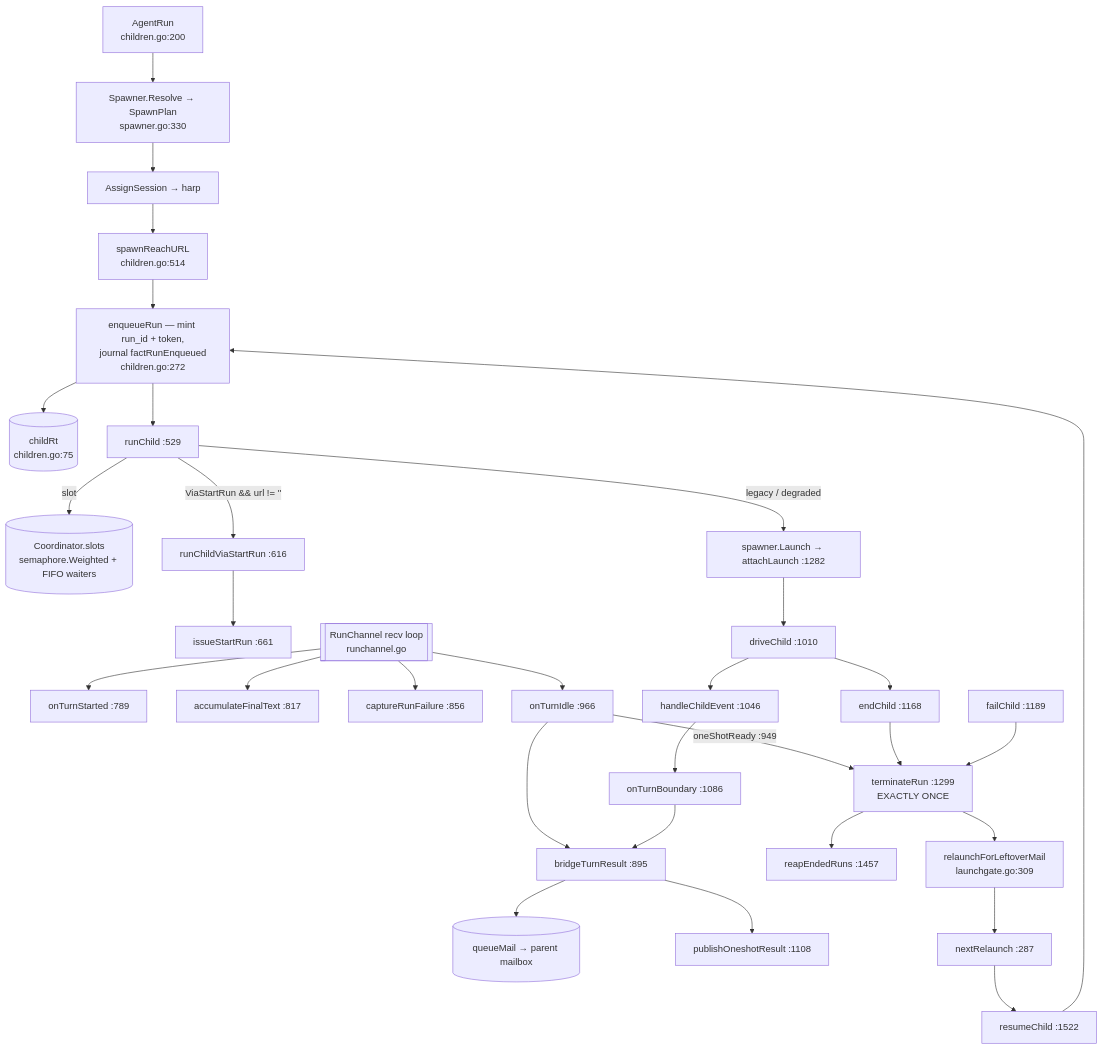
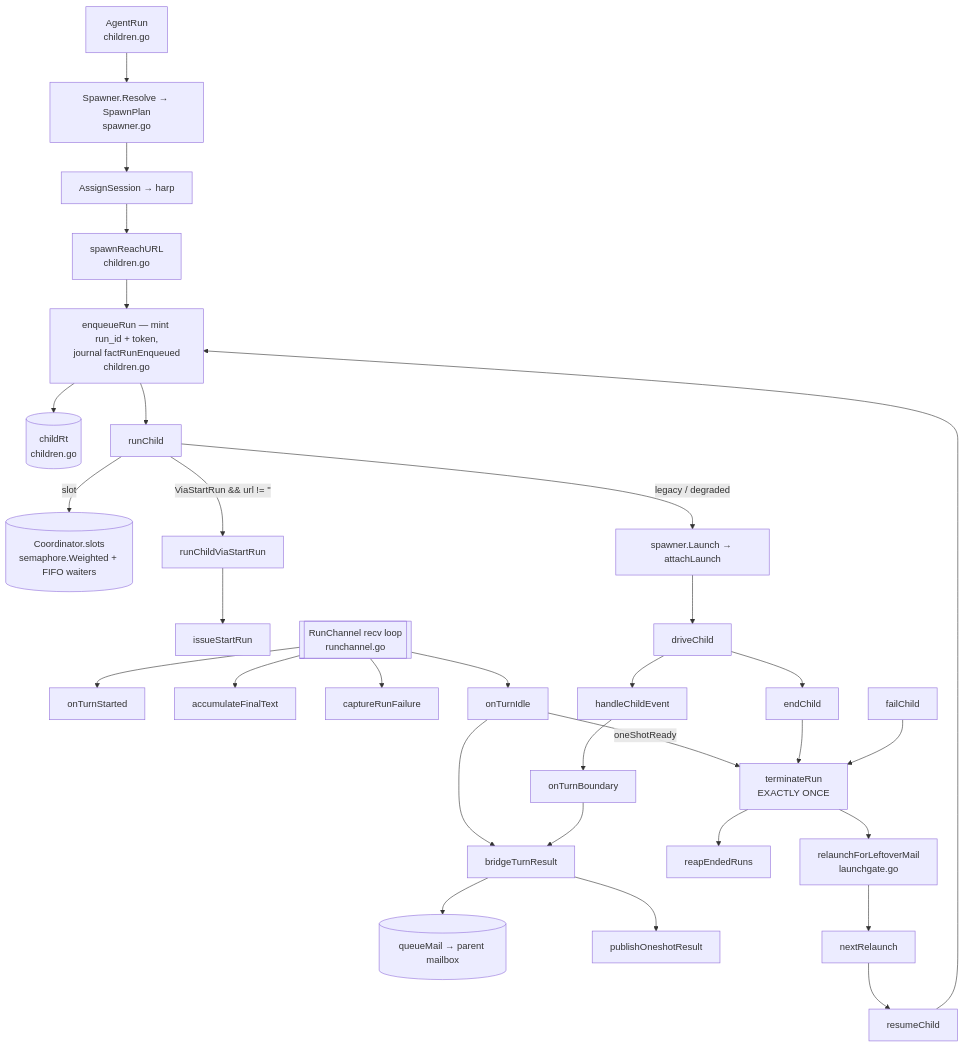
The diagram in docs/architecture/agentcoord/child-lifecycle.md (ctxloom/ctxloom), drawn with Mermaid before and after one commit. The commit also changed other lines of this file, not shown here.

First line of the commit message:
docs(agentcoord): cite child-lifecycle.md by symbol and file, not line

````diff
--- a/docs/architecture/agentcoord/child-lifecycle.md
+++ b/docs/architecture/agentcoord/child-lifecycle.md
@@ -16,28 +16,28 @@
 ```mermaid
 flowchart TD
-  AR["AgentRun<br/>children.go:200"] --> RES["Spawner.Resolve → SpawnPlan<br/>spawner.go:330"]
+  AR["AgentRun<br/>children.go"] --> RES["Spawner.Resolve → SpawnPlan<br/>spawner.go"]
   RES --> ASSIGN["AssignSession → harp"]
-  ASSIGN --> URL["spawnReachURL<br/>children.go:514"]
-  URL --> EQ["enqueueRun — mint run_id + token,<br/>journal factRunEnqueued<br/>children.go:272"]
-  EQ --> RT[("childRt<br/>children.go:75")]
-  EQ --> RC["runChild :529"]
+  ASSIGN --> URL["spawnReachURL<br/>children.go"]
+  URL --> EQ["enqueueRun — mint run_id + token,<br/>journal factRunEnqueued<br/>children.go"]
+  EQ --> RT[("childRt<br/>children.go")]
+  EQ --> RC["runChild"]
   RC -->|slot| TS[("Coordinator.slots<br/>semaphore.Weighted + FIFO waiters")]
-  RC -->|"ViaStartRun && url != ''"| VSR["runChildViaStartRun :616"] --> ISR["issueStartRun :661"]
-  RC -->|legacy / degraded| LA["spawner.Launch → attachLaunch :1282"] --> DC["driveChild :1010"]
+  RC -->|"ViaStartRun && url != ''"| VSR["runChildViaStartRun"] --> ISR["issueStartRun"]
+  RC -->|legacy / degraded| LA["spawner.Launch → attachLaunch"] --> DC["driveChild"]
 
-  RCH[["RunChannel recv loop<br/>runchannel.go"]] --> OTS["onTurnStarted :789"]
-  RCH --> AFT["accumulateFinalText :817"]
-  RCH --> CRF["captureRunFailure :856"]
-  RCH --> OTI["onTurnIdle :966"]
-  DC --> HCE["handleChildEvent :1046"] --> OTB["onTurnBoundary :1086"]
-  OTI --> BTR["bridgeTurnResult :895"]
+  RCH[["RunChannel recv loop<br/>runchannel.go"]] --> OTS["onTurnStarted"]
+  RCH --> AFT["accumulateFinalText"]
+  RCH --> CRF["captureRunFailure"]
+  RCH --> OTI["onTurnIdle"]
+  DC --> HCE["handleChildEvent"] --> OTB["onTurnBoundary"]
+  OTI --> BTR["bridgeTurnResult"]
   OTB --> BTR
   BTR --> MAIL[("queueMail → parent mailbox")]
-  BTR --> POR["publishOneshotResult :1108"]
-  OTI -->|oneShotReady :949| TERM
-  DC --> EC["endChild :1168"] --> TERM["terminateRun :1299<br/>EXACTLY ONCE"]
-  FC["failChild :1189"] --> TERM
-  TERM --> REAP["reapEndedRuns :1457"]
-  TERM --> RLM["relaunchForLeftoverMail<br/>launchgate.go:309"] --> NR["nextRelaunch :287"] --> RSC["resumeChild :1522"]
+  BTR --> POR["publishOneshotResult"]
+  OTI -->|oneShotReady| TERM
+  DC --> EC["endChild"] --> TERM["terminateRun<br/>EXACTLY ONCE"]
+  FC["failChild"] --> TERM
+  TERM --> REAP["reapEndedRuns"]
+  TERM --> RLM["relaunchForLeftoverMail<br/>launchgate.go"] --> NR["nextRelaunch"] --> RSC["resumeChild"]
   RSC --> EQ
 ```
````
